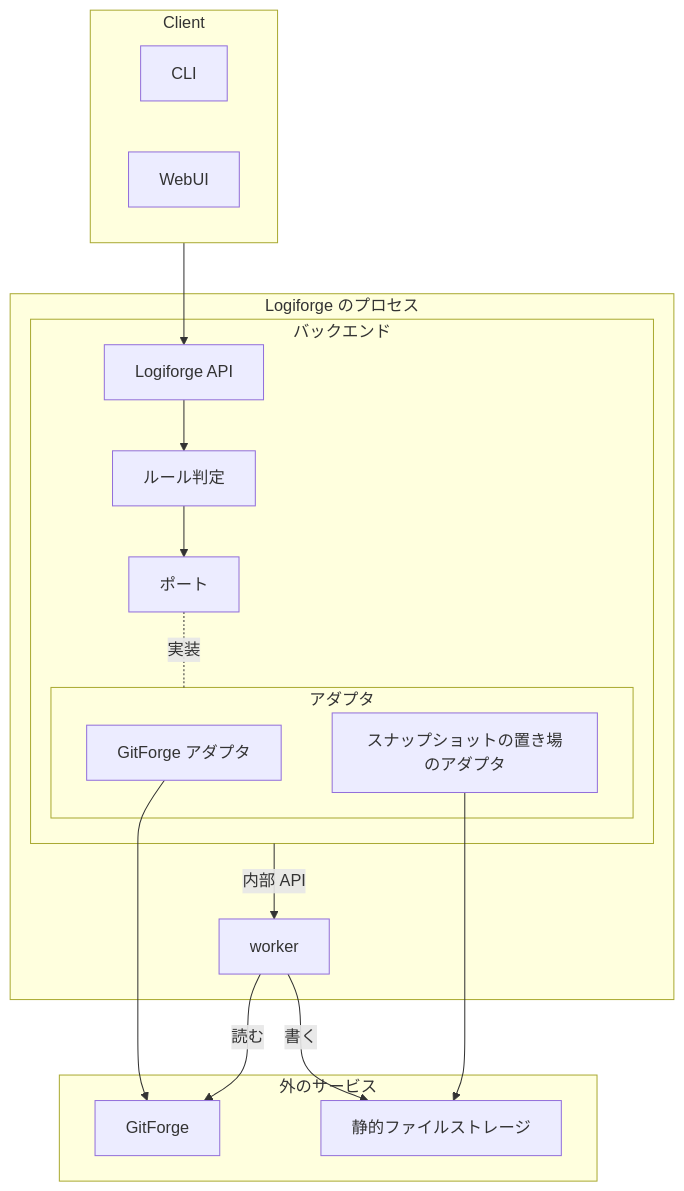
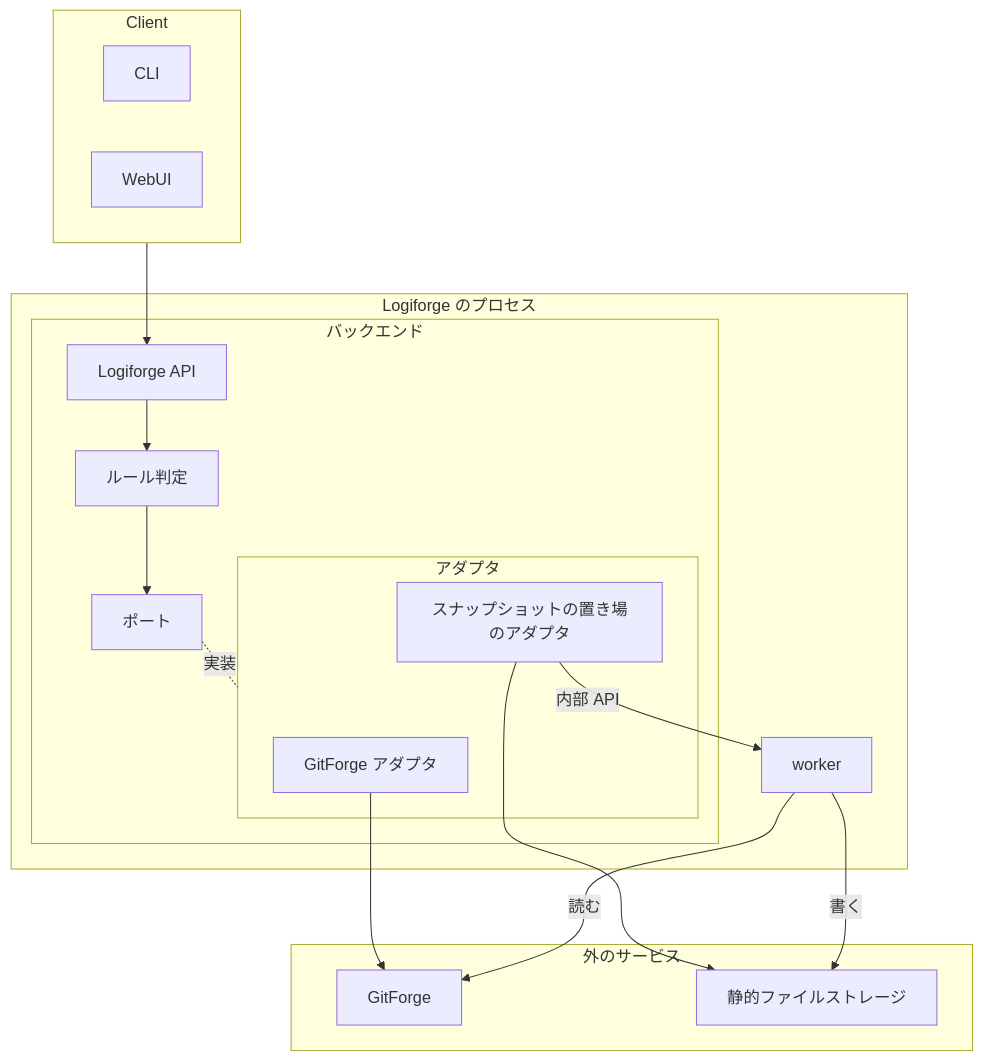
One commit to yamambainc/logiforge changed the diagram in design/architecture.md. Above: the diagram before and after it, drawn with Mermaid. The commit also changed other lines of this file and 1 other file, not shown here.

Commit message:
design: 内部 API の線を置き場のアダプタから出し、データを保持するものの言い方を揃えた
- architecture.md の図で、内部 API の線を、スナップショットの置き場のアダプタから worker への線にした
- 「保持するのは、外のサービス（正本）、worker（clone）、静的ファイルストレージ（スナップショット）」に、architecture.md と backend/README.md で揃えた

````diff
--- a/design/architecture.md
+++ b/design/architecture.md
@@ -8,32 +8,32 @@
 ```mermaid
 flowchart TB
   subgraph CL["Client"]
     CLI["CLI"]
     WEB["WebUI"]
   end
   subgraph LP["Logiforge のプロセス"]
     subgraph BE["バックエンド"]
       API["Logiforge API"]
       RULE["ルール判定"]
       PT["ポート"]
       subgraph AD["アダプタ"]
         FA["GitForge アダプタ"]
         SSA["スナップショットの置き場のアダプタ"]
       end
     end
     W["worker"]
   end
   subgraph EX["外のサービス"]
     FG["GitForge"]
     OBJ["静的ファイルストレージ"]
   end
   CL --> API
   API --> RULE
   RULE --> PT
   PT -.-|実装| AD
-  BE -->|内部 API| W
+  SSA -->|内部 API| W
   FA --> FG
   SSA --> OBJ
   W -->|読む| FG
   W -->|書く| OBJ
 ```
````
